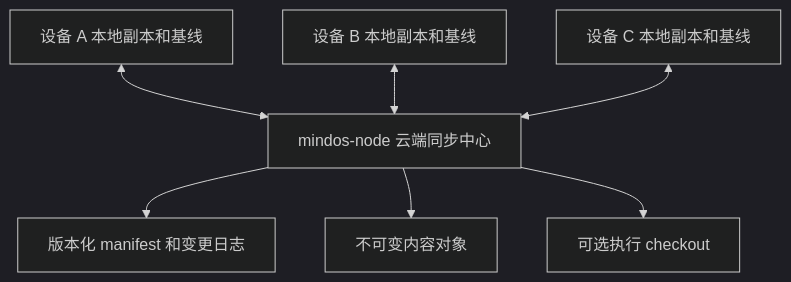
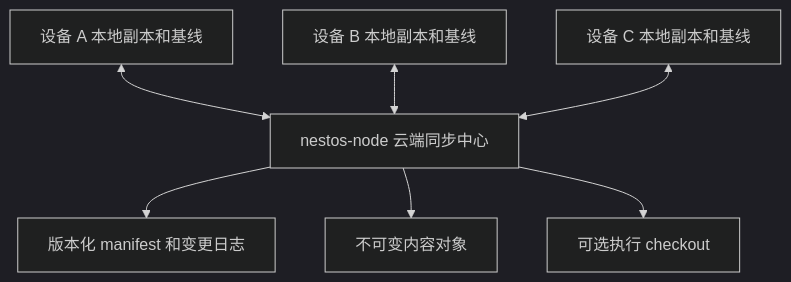
The first of 6 diagrams in doc/design/project-sync.md (mushuanli/NestOS), drawn with Mermaid (dark theme) before and after one commit. The commit also changed other lines of this file and 428 other files, not shown here.

````diff
--- a/doc/design/project-sync.md
+++ b/doc/design/project-sync.md
@@ -54,9 +54,9 @@
 ```mermaid
 flowchart TD
-    A[设备 A 本地副本和基线] <--> S[mindos-node 云端同步中心]
+    A[设备 A 本地副本和基线] <--> S[nestos-node 云端同步中心]
     B[设备 B 本地副本和基线] <--> S
     C[设备 C 本地副本和基线] <--> S
     S --> H[版本化 manifest 和变更日志]
     S --> O[不可变内容对象]
     S --> E[可选执行 checkout]
 ```
````
